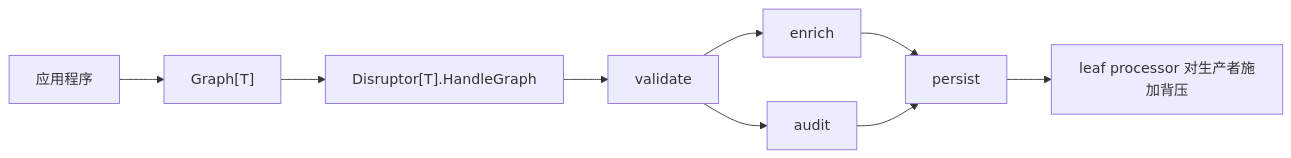
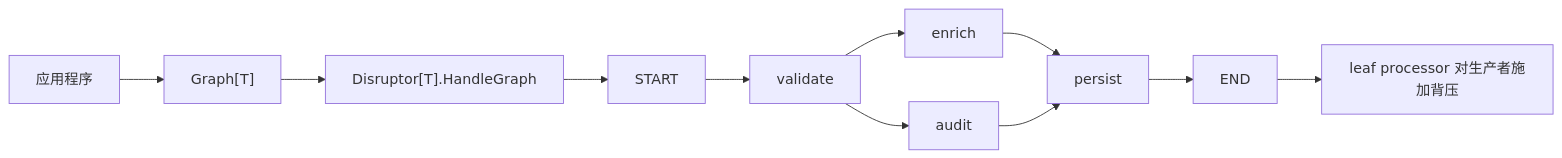
One commit to photowey/disruptor.go changed the third of 4 diagrams in README.zh-CN.md. Above: the diagram before and after it, drawn with Mermaid. The commit also changed other lines of this file and 11 other files, not shown here.

Commit message:
feat: add virtual graph terminals

````diff
--- a/README.zh-CN.md
+++ b/README.zh-CN.md
@@ -190,11 +190,13 @@
 ```mermaid
 flowchart LR
     App["应用程序"] --> G["Graph[T]"]
     G --> D["Disruptor[T].HandleGraph"]
-    D --> A["validate"]
+    D --> Start["START"]
+    Start --> A["validate"]
     A --> B["enrich"]
     A --> C["audit"]
     B --> J["persist"]
     C --> J
-    J --> Leaf["leaf processor 对生产者施加背压"]
+    J --> End["END"]
+    End --> Leaf["leaf processor 对生产者施加背压"]
 ```
````
